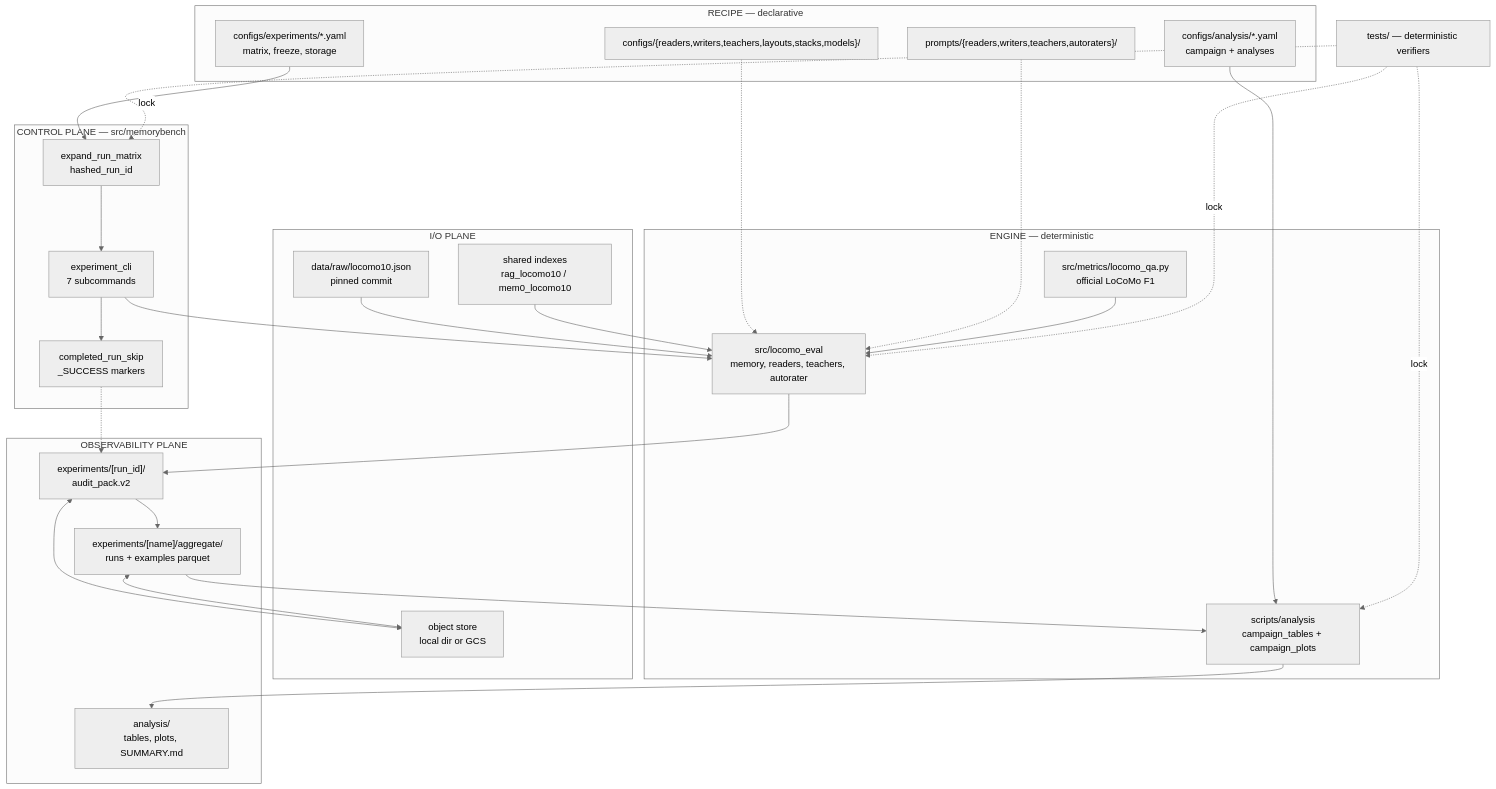
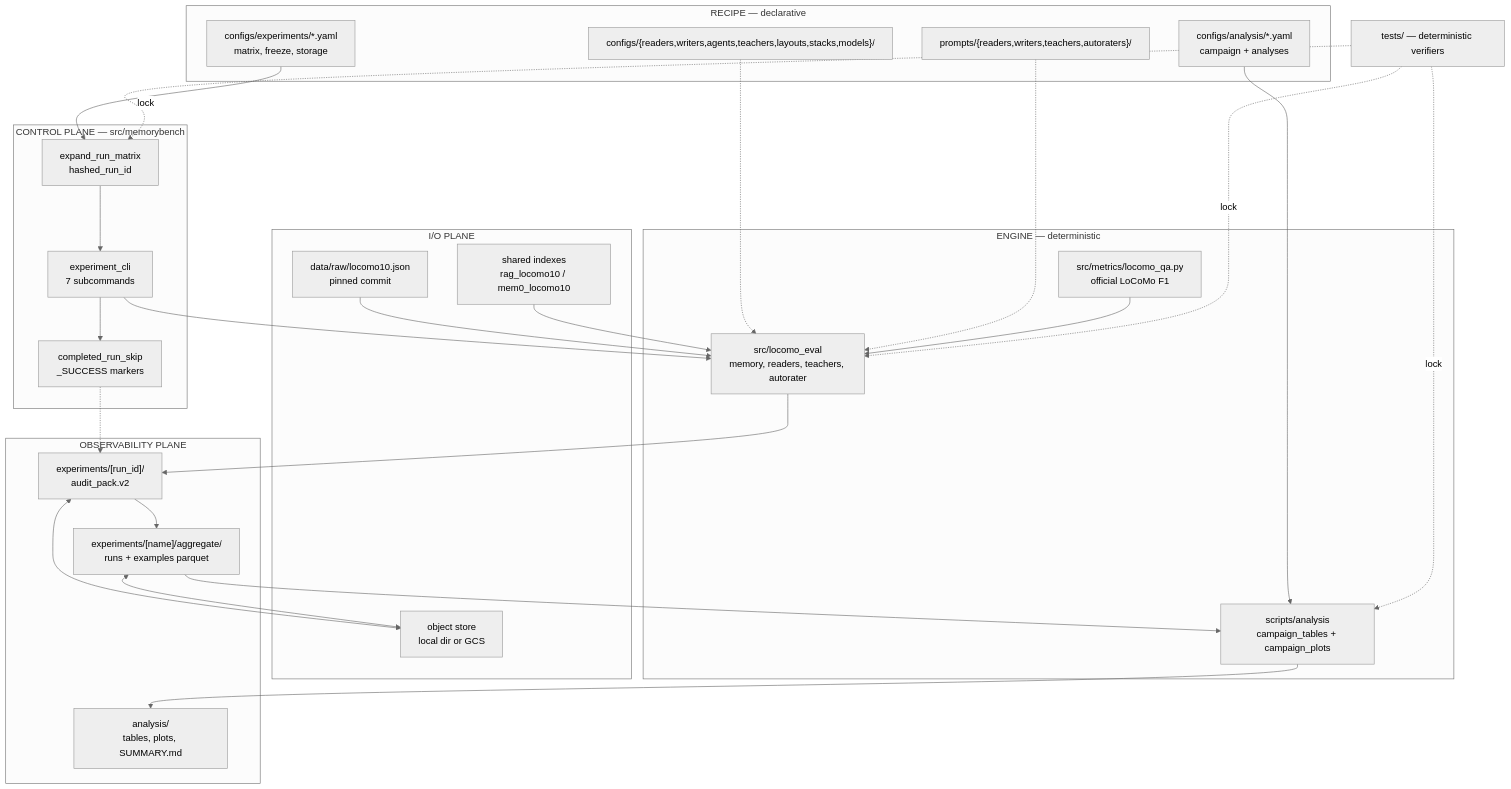
One commit to park-jsdev/long-term-memory-eval changed the first of 12 diagrams in README.md. Above: the diagram before and after it, drawn with Mermaid (neutral theme). The commit also changed other lines of this file and 81 other files, not shown here.

````diff
--- a/README.md
+++ b/README.md
@@ -55,53 +56,53 @@
 ```mermaid
 flowchart TB
   subgraph RECIPE["RECIPE — declarative"]
     XC["configs/experiments/*.yaml<br/>matrix, freeze, storage"]
     AC["configs/analysis/*.yaml<br/>campaign + analyses"]
-    CC["configs/{readers,writers,teachers,layouts,stacks,models}/"]
+    CC["configs/{readers,writers,agents,teachers,layouts,stacks,models}/"]
     PR["prompts/{readers,writers,teachers,autoraters}/"]
   end
 
   subgraph CONTROL["CONTROL PLANE — src/memorybench"]
     EXP["expand_run_matrix<br/>hashed_run_id"]
     CLI["experiment_cli<br/>7 subcommands"]
     SKIP["completed_run_skip<br/>_SUCCESS markers"]
   end
 
   subgraph ENGINE["ENGINE — deterministic"]
     LE["src/locomo_eval<br/>memory, readers, teachers, autorater"]
     MET["src/metrics/locomo_qa.py<br/>official LoCoMo F1"]
     AN["scripts/analysis<br/>campaign_tables + campaign_plots"]
   end
 
   subgraph DATA["I/O PLANE"]
     DS["data/raw/locomo10.json<br/>pinned commit"]
     IX["shared indexes<br/>rag_locomo10 / mem0_locomo10"]
     ST["object store<br/>local dir or GCS"]
   end
 
   subgraph AUDIT["OBSERVABILITY PLANE"]
     PACK["experiments/[run_id]/<br/>audit_pack.v2"]
     AGG["experiments/[name]/aggregate/<br/>runs + examples parquet"]
     REP["analysis/<br/>tables, plots, SUMMARY.md"]
   end
 
   TESTS["tests/ — deterministic verifiers"]
 
   XC --> EXP --> CLI
   AC --> AN
   CC -.-> LE
   PR -.-> LE
   DS --> LE
   IX --> LE
   CLI --> LE
   CLI --> SKIP
   SKIP -.-> PACK
   LE --> PACK
   MET --> LE
   PACK --> AGG --> AN --> REP
   PACK <--> ST
   AGG <--> ST
   TESTS -.->|lock| EXP
   TESTS -.->|lock| LE
   TESTS -.->|lock| AN
 ```
````
